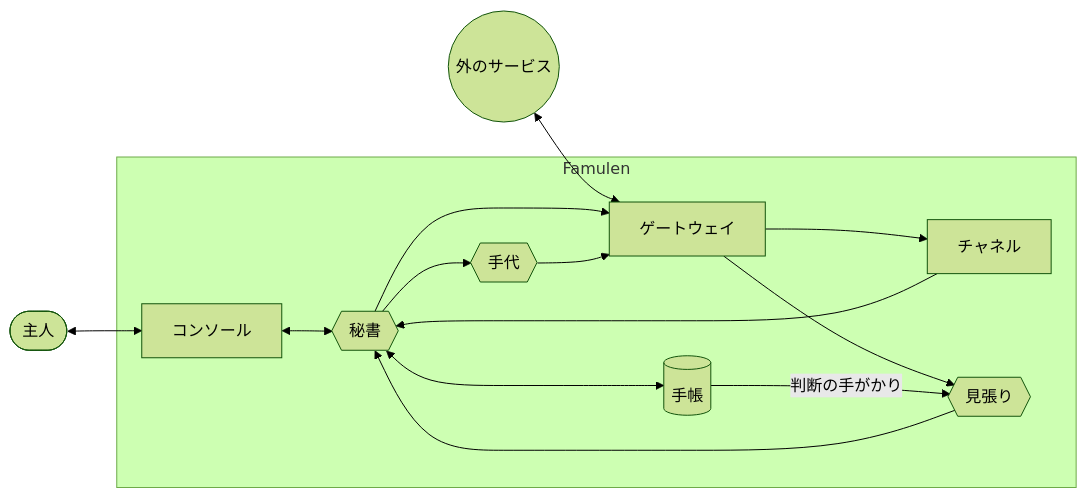
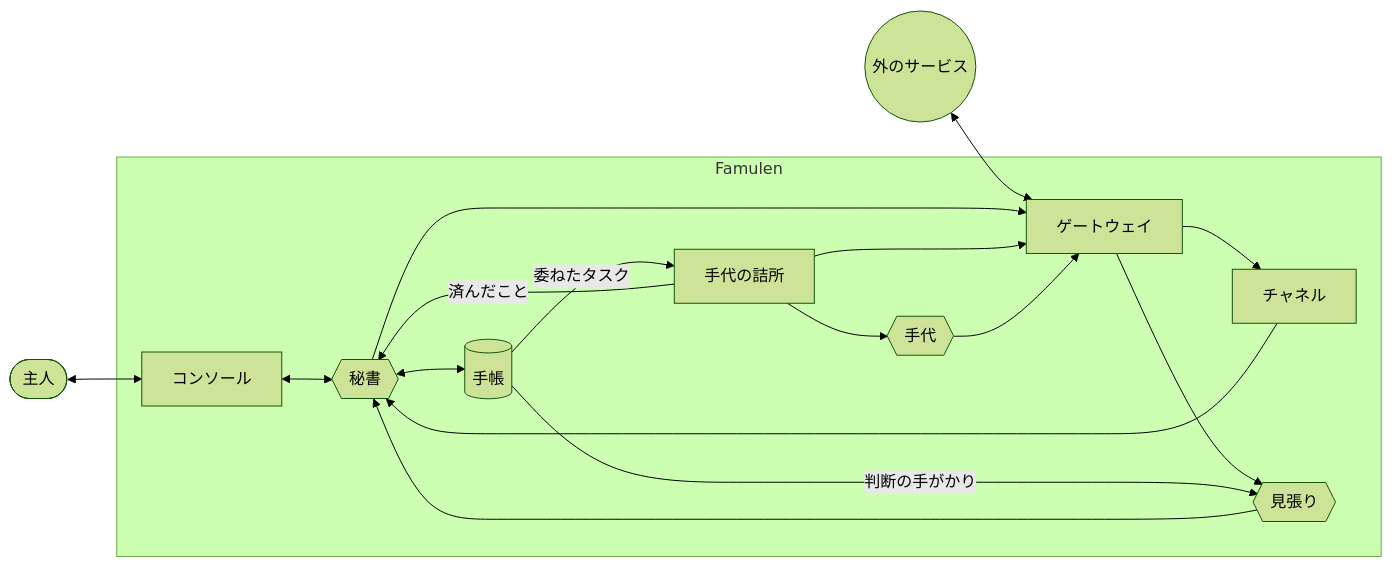
The diagram in docs/spec/architecture.md (lambdalisue/famulen), drawn with Mermaid (forest theme) before and after one commit. The commit also changed other lines of this file and 84 other files, not shown here.

````diff
--- a/docs/spec/architecture.md
+++ b/docs/spec/architecture.md
@@ -5,28 +5,32 @@
 ```mermaid
 flowchart LR
   owner(["主人"])
   outside((外のサービス))
 
   subgraph famulen["Famulen"]
     console["コンソール"]
     gateway["ゲートウェイ"]
     channel["チャネル"]
     lookout{{"見張り"}}
     secretary{{"秘書"}}
+    pool["手代の詰所"]
     tedai{{"手代"}}
     techo[("手帳")]
   end
 
   owner <--> console
   console <--> secretary
   outside <--> gateway
   gateway --> channel
   channel --> secretary
   gateway --> lookout
   lookout --> secretary
   secretary --> gateway
-  secretary --> tedai
+  techo -- 委ねたタスク --> pool
+  pool --> tedai
+  pool --> gateway
+  pool -- 済んだこと --> secretary
   tedai --> gateway
   secretary <--> techo
   techo -- 判断の手がかり --> lookout
 ```
````
